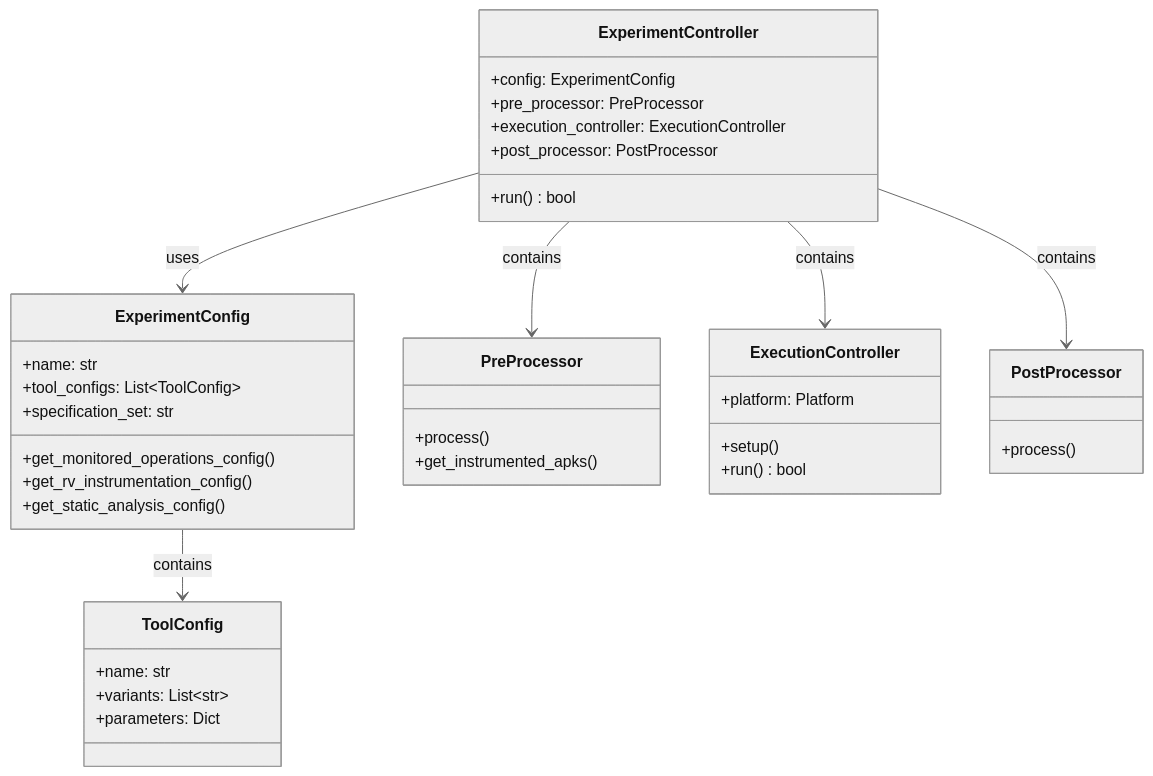
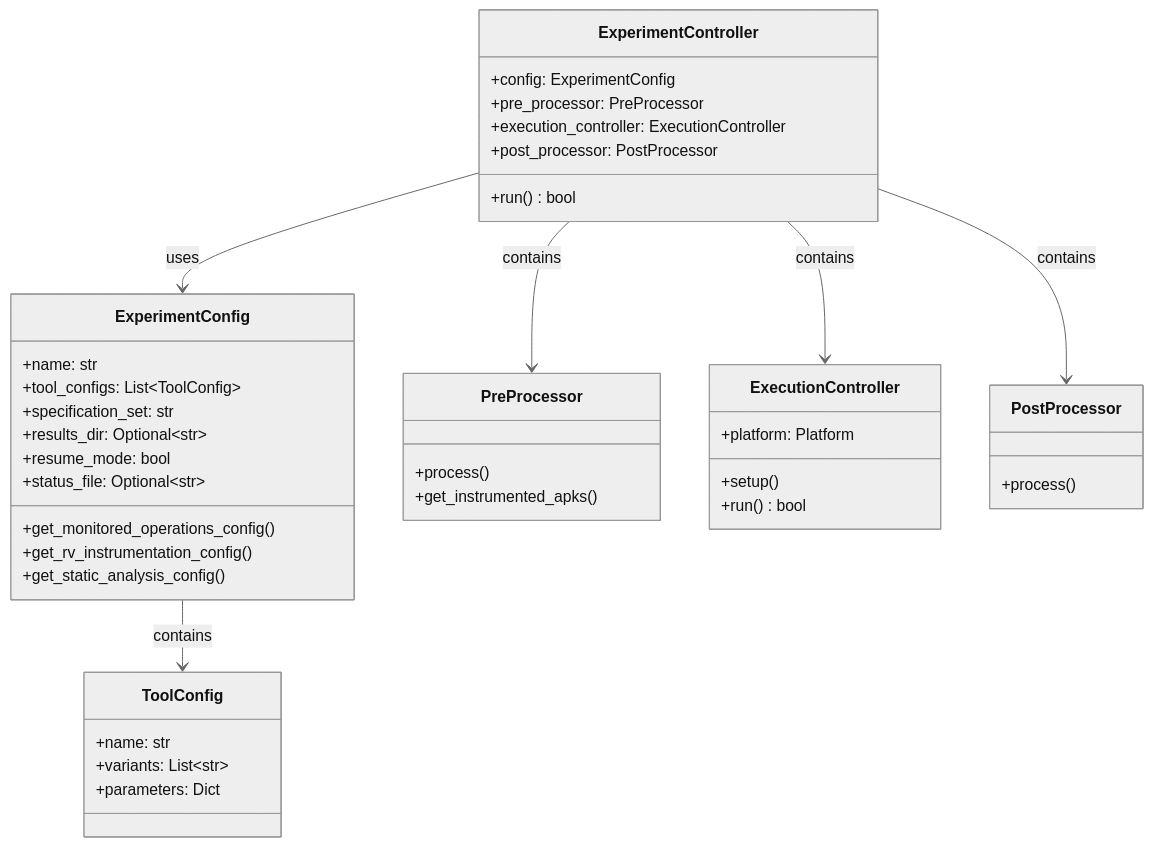
The second of 6 diagrams in rv-android/modules/rv-experiment/docs/architecture.md (PAMunb/rvsec), drawn with Mermaid before and after one commit. The commit also changed other lines of this file and 19 other files, not shown here.

````diff
--- a/rv-android/modules/rv-experiment/docs/architecture.md
+++ b/rv-android/modules/rv-experiment/docs/architecture.md
@@ -136,47 +136,50 @@
 ```mermaid
 %%{init: {'theme': 'neutral'}}%%
 classDiagram
     class ExperimentConfig {
         +name: str
         +tool_configs: List~ToolConfig~
         +specification_set: str
+        +results_dir: Optional~str~
+        +resume_mode: bool
+        +status_file: Optional~str~
         +get_monitored_operations_config()
         +get_rv_instrumentation_config()
         +get_static_analysis_config()
     }
 
     class ExperimentController {
         +config: ExperimentConfig
         +pre_processor: PreProcessor
         +execution_controller: ExecutionController
         +post_processor: PostProcessor
         +run() bool
     }
 
     class PreProcessor {
         +process()
         +get_instrumented_apks()
     }
 
     class ExecutionController {
         +platform: Platform
         +setup()
         +run() bool
     }
 
     class PostProcessor {
         +process()
     }
 
     class ToolConfig {
         +name: str
         +variants: List~str~
         +parameters: Dict
     }
 
     ExperimentController --> ExperimentConfig : uses
     ExperimentController --> PreProcessor : contains
     ExperimentController --> ExecutionController : contains
     ExperimentController --> PostProcessor : contains
     ExperimentConfig --> ToolConfig : contains
 ```
````
